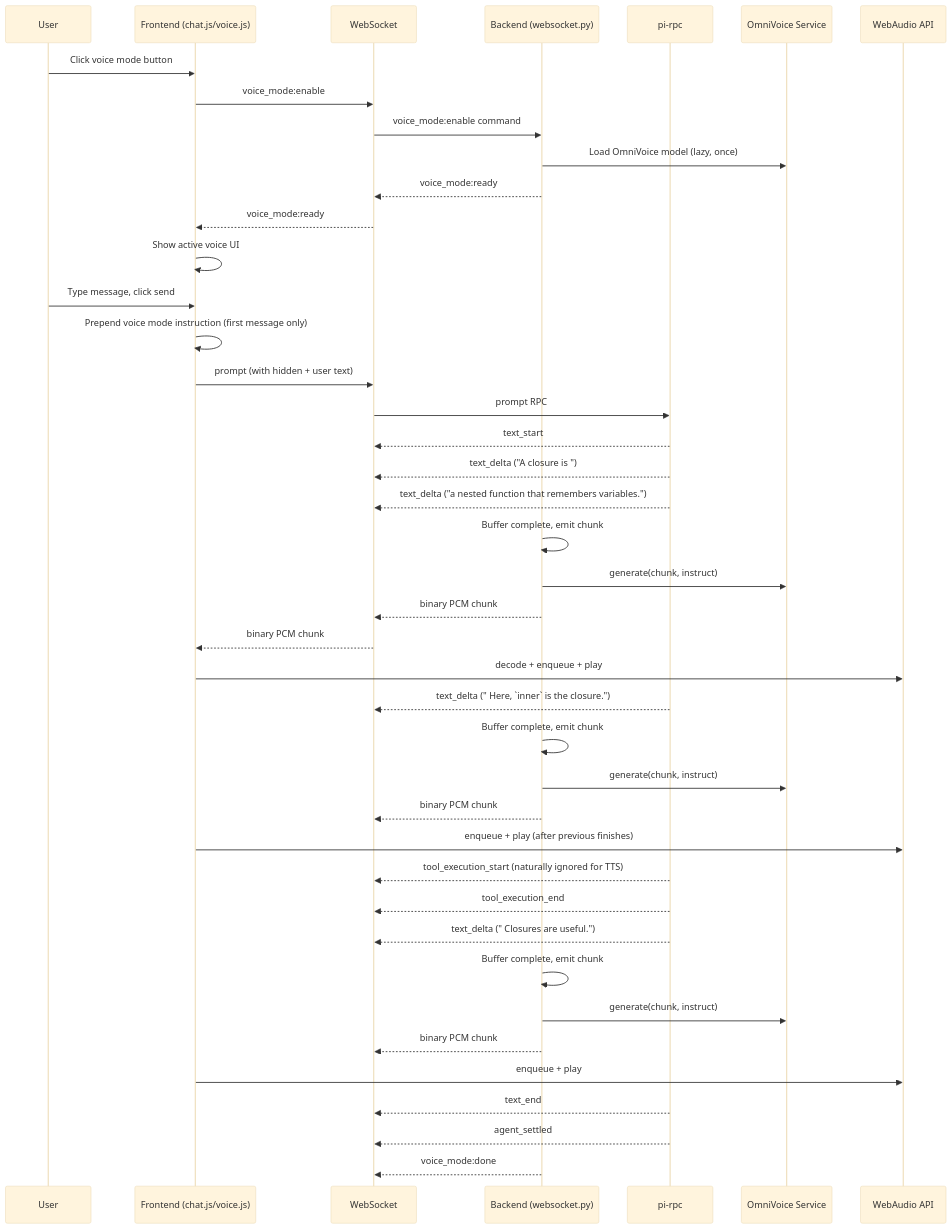
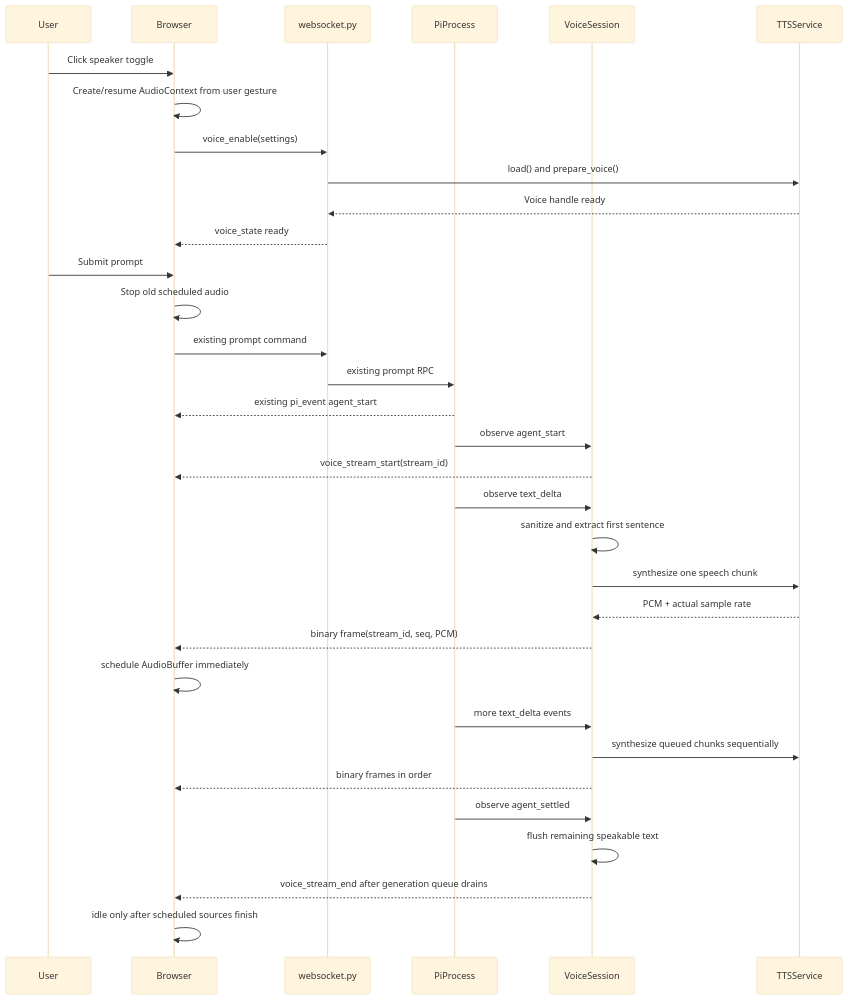
The second of 2 diagrams in VOICE_MODE_IMPLEMENTATION_PLAN_V3.md (BenjaminBilbro/pi-local-chat), drawn with Mermaid (base theme) before and after one commit. The commit also changed other lines of this file, not shown here.

````diff
--- a/VOICE_MODE_IMPLEMENTATION_PLAN_V3.md
+++ b/VOICE_MODE_IMPLEMENTATION_PLAN_V3.md
@@ -101,50 +205,40 @@
 ```mermaid
 sequenceDiagram
-    participant U as User
-    participant FE as Frontend (chat.js/voice.js)
-    participant WS as WebSocket
-    participant BE as Backend (websocket.py)
-    participant PI as pi-rpc
-    participant TTS as OmniVoice Service
-    participant Audio as WebAudio API
+    participant User
+    participant Browser
+    participant WS as websocket.py
+    participant Pi as PiProcess
+    participant Voice as VoiceSession
+    participant TTS as TTSService
 
-    U->>FE: Click voice mode button
-    FE->>WS: voice_mode:enable
-    WS->>BE: voice_mode:enable command
-    BE->>TTS: Load OmniVoice model (lazy, once)
-    BE-->>WS: voice_mode:ready
-    WS-->>FE: voice_mode:ready
-    FE->>FE: Show active voice UI
+    User->>Browser: Click speaker toggle
+    Browser->>Browser: Create/resume AudioContext from user gesture
+    Browser->>WS: voice_enable(settings)
+    WS->>TTS: load() and prepare_voice()
+    TTS-->>WS: Voice handle ready
+    WS-->>Browser: voice_state ready
 
-    U->>FE: Type message, click send
-    FE->>FE: Prepend voice mode instruction (first message only)
-    FE->>WS: prompt (with hidden + user text)
-    WS->>PI: prompt RPC
+    User->>Browser: Submit prompt
+    Browser->>Browser: Stop old scheduled audio
+    Browser->>WS: existing prompt command
+    WS->>Pi: existing prompt RPC
+    Pi-->>Browser: existing pi_event agent_start
+    Pi->>Voice: observe agent_start
+    Voice-->>Browser: voice_stream_start(stream_id)
 
-    PI-->>WS: text_start
-    PI-->>WS: text_delta ("A closure is ")
-    PI-->>WS: text_delta ("a nested function that remembers variables.")
-    BE->>BE: Buffer complete, emit chunk
-    BE->>TTS: generate(chunk, instruct)
-    BE-->>WS: binary PCM chunk
-    WS-->>FE: binary PCM chunk
-    FE->>Audio: decode + enqueue + play
+    Pi->>Voice: observe text_delta
+    Voice->>Voice: sanitize and extract first sentence
+    Voice->>TTS: synthesize one speech chunk
+    TTS-->>Voice: PCM + actual sample rate
+    Voice-->>Browser: binary frame(stream_id, seq, PCM)
+    Browser->>Browser: schedule AudioBuffer immediately
 
-    PI-->>WS: text_delta (" Here, `inner` is the closure.")
-    BE->>BE: Buffer complete, emit chunk
-    BE->>TTS: generate(chunk, instruct)
-    BE-->>WS: binary PCM chunk
-    FE->>Audio: enqueue + play (after previous finishes)
+    Pi->>Voice: more text_delta events
+    Voice->>TTS: synthesize queued chunks sequentially
+    Voice-->>Browser: binary frames in order
 
-    PI-->>WS: tool_execution_start (naturally ignored for TTS)
-    PI-->>WS: tool_execution_end
-    PI-->>WS: text_delta (" Closures are useful.")
-    BE->>BE: Buffer complete, emit chunk
-    BE->>TTS: generate(chunk, instruct)
-    BE-->>WS: binary PCM chunk
-    FE->>Audio: enqueue + play
-
-    PI-->>WS: text_end
-    PI-->>WS: agent_settled
-    BE-->>WS: voice_mode:done
+    Pi->>Voice: observe agent_settled
+    Voice->>Voice: flush remaining speakable text
+    Voice-->>Browser: voice_stream_end after generation queue drains
+    Browser->>Browser: idle only after scheduled sources finish
 ```
````
